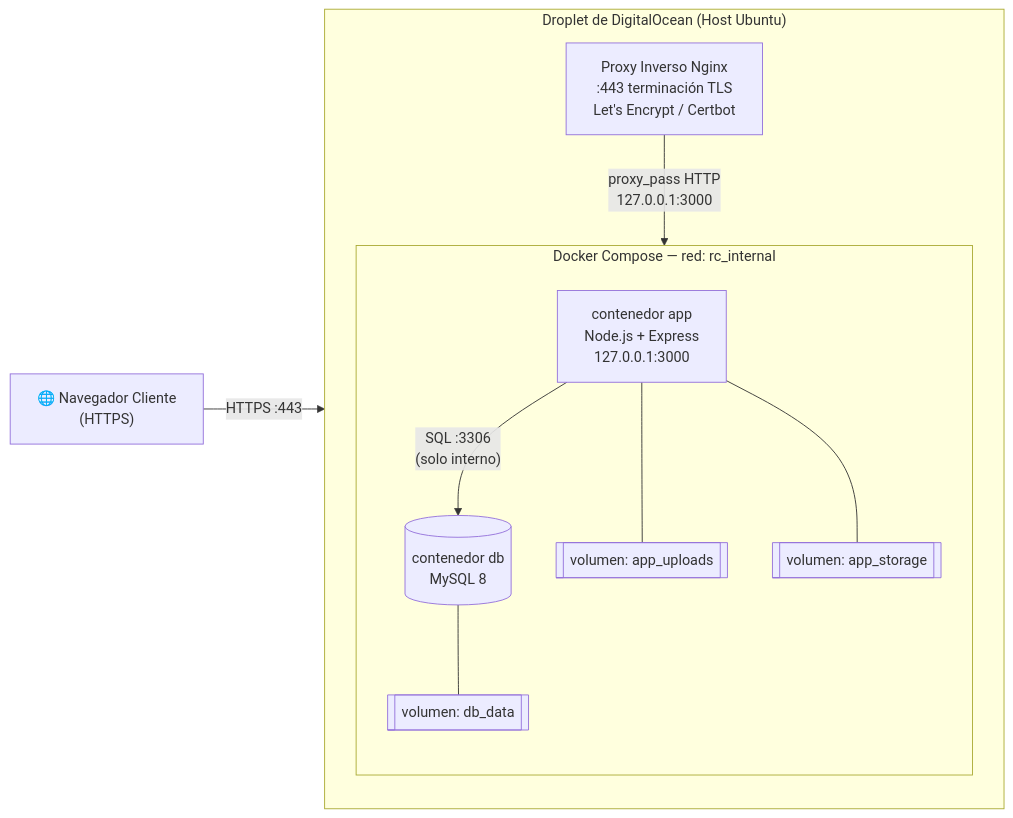
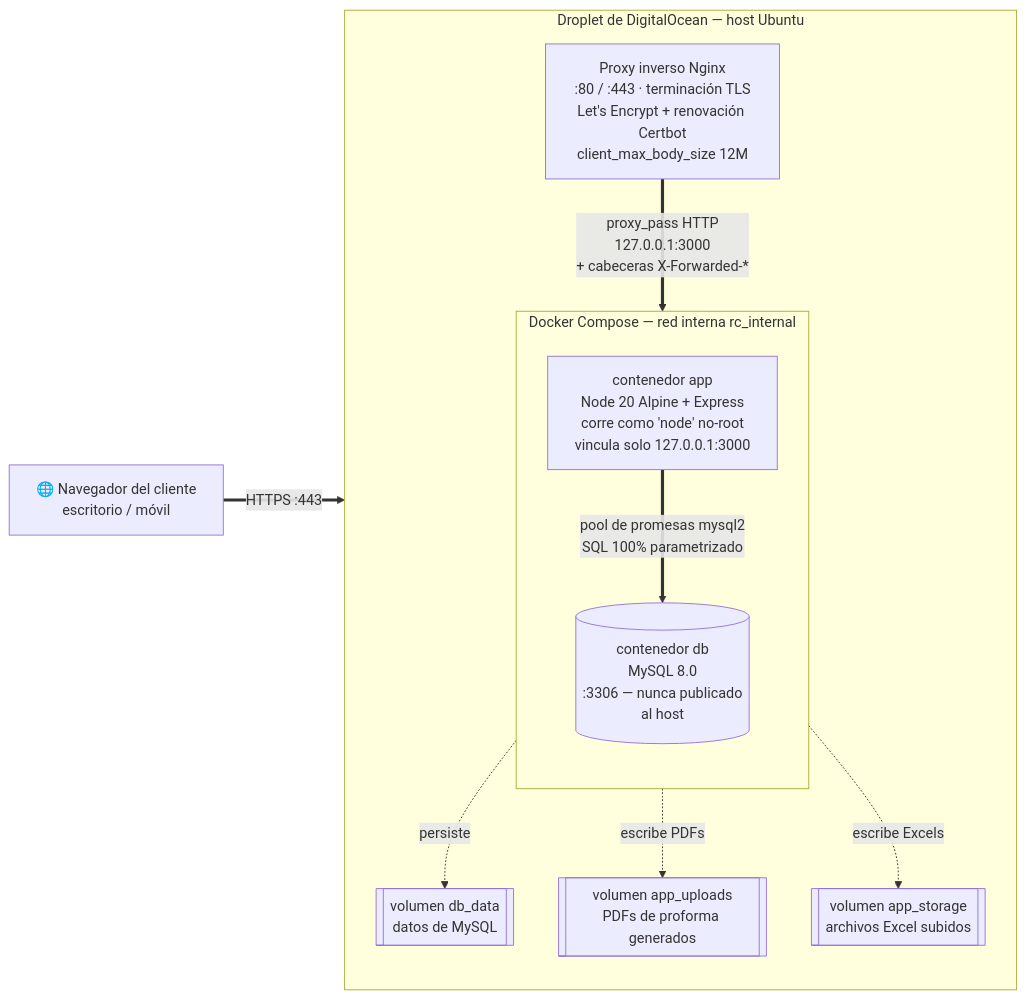
One commit to AdrianGareca/rc-tractoparts changed the first of 7 diagrams in README.es.md. Above: the diagram before and after it, drawn with Mermaid. The commit also changed other lines of this file and 1 other file, not shown here.

````diff
--- a/README.es.md
+++ b/README.es.md
@@ -92,25 +92,26 @@
 ```mermaid
 flowchart LR
-    Cliente["🌐 Navegador Cliente<br/>(HTTPS)"]
+    Cliente["🌐 Navegador del cliente<br/>escritorio / móvil"]
 
-    subgraph Droplet["Droplet de DigitalOcean (Host Ubuntu)"]
+    subgraph Droplet["Droplet de DigitalOcean — host Ubuntu"]
         direction TB
-        Nginx["Proxy Inverso Nginx<br/>:443 terminación TLS<br/>Let's Encrypt / Certbot"]
+        Nginx["Proxy inverso Nginx<br/>:80 / :443 · terminación TLS<br/>Let's Encrypt + renovación Certbot<br/>client_max_body_size 12M"]
 
-        subgraph Docker["Docker Compose — red: rc_internal"]
+        subgraph Compose["Docker Compose — red interna rc_internal"]
             direction TB
-            App["contenedor app<br/>Node.js + Express<br/>127.0.0.1:3000"]
-            DB[("contenedor db<br/>MySQL 8")]
-            VolDB[["volumen: db_data"]]
-            VolUp[["volumen: app_uploads"]]
-            VolSt[["volumen: app_storage"]]
+            App["contenedor app<br/>Node 20 Alpine + Express<br/>corre como 'node' no-root<br/>vincula solo 127.0.0.1:3000"]
+            DB[("contenedor db<br/>MySQL 8.0<br/>:3306 — nunca publicado<br/>al host")]
         end
+
+        VolDB[["volumen db_data<br/>datos de MySQL"]]
+        VolUp[["volumen app_uploads<br/>PDFs de proforma generados"]]
+        VolSt[["volumen app_storage<br/>archivos Excel subidos"]]
     end
 
-    Cliente -- "HTTPS :443" --> Nginx
-    Nginx -- "proxy_pass HTTP<br/>127.0.0.1:3000" --> App
-    App -- "SQL :3306<br/>(solo interno)" --> DB
-    DB --- VolDB
-    App --- VolUp
-    App --- VolSt
+    Cliente == "HTTPS :443" ==> Nginx
+    Nginx == "proxy_pass HTTP<br/>127.0.0.1:3000<br/>+ cabeceras X-Forwarded-*" ==> App
+    App == "pool de promesas mysql2<br/>SQL 100% parametrizado" ==> DB
+    DB -. "persiste" .-> VolDB
+    App -. "escribe PDFs" .-> VolUp
+    App -. "escribe Excels" .-> VolSt
 ```
````
